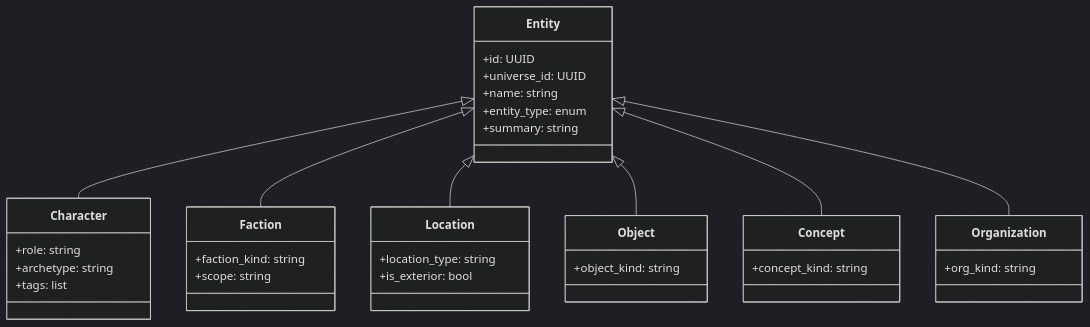
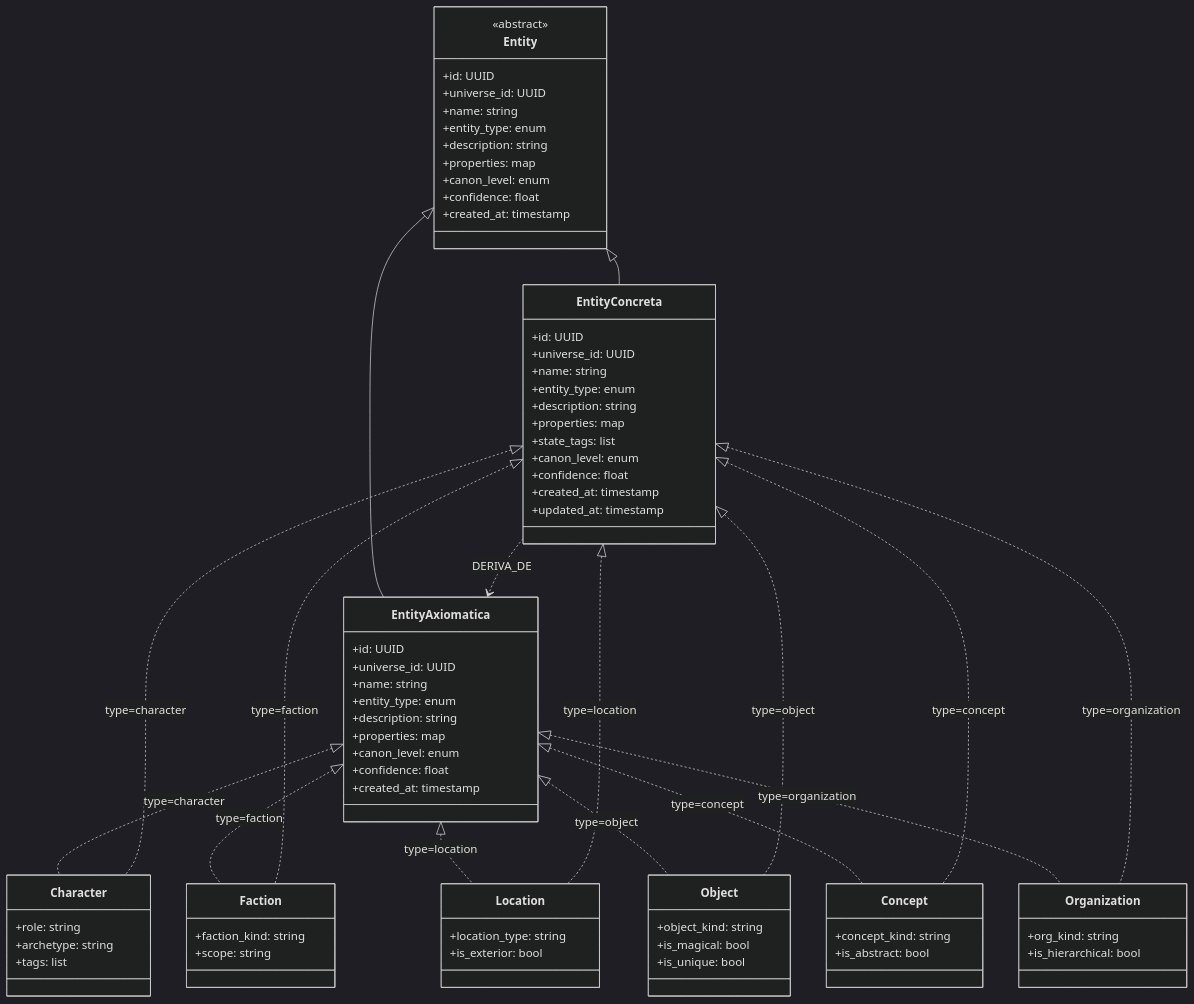
The diagram in docs/ontology/ENTITY_TAXONOMY.md (spuentesp/monitor_dm_system), drawn with Mermaid (dark theme) before and after one commit. The commit also changed other lines of this file and 43 other files, not shown here.

First line of the commit message:
feat: Implement MONITOR architecture with three-layer structure

````diff
--- a/docs/ontology/ENTITY_TAXONOMY.md
+++ b/docs/ontology/ENTITY_TAXONOMY.md
@@ -1,11 +23,42 @@
 ```mermaid
 classDiagram
     class Entity {
+        <<abstract>>
         +id: UUID
         +universe_id: UUID
         +name: string
         +entity_type: enum
-        +summary: string
+        +description: string
+        +properties: map
+        +canon_level: enum
+        +confidence: float
+        +created_at: timestamp
+    }
+
+    class EntityAxiomatica {
+        +id: UUID
+        +universe_id: UUID
+        +name: string
+        +entity_type: enum
+        +description: string
+        +properties: map
+        +canon_level: enum
+        +confidence: float
+        +created_at: timestamp
+    }
+
+    class EntityConcreta {
+        +id: UUID
+        +universe_id: UUID
+        +name: string
+        +entity_type: enum
+        +description: string
+        +properties: map
+        +state_tags: list
+        +canon_level: enum
+        +confidence: float
+        +created_at: timestamp
+        +updated_at: timestamp
     }
 
     class Character {
@@ -26,20 +79,36 @@
 
     class Object {
         +object_kind: string
+        +is_magical: bool
+        +is_unique: bool
     }
 
     class Concept {
         +concept_kind: string
+        +is_abstract: bool
     }
 
     class Organization {
         +org_kind: string
+        +is_hierarchical: bool
     }
 
-    Entity <|-- Character
-    Entity <|-- Faction
-    Entity <|-- Location
-    Entity <|-- Object
-    Entity <|-- Concept
-    Entity <|-- Organization
+    Entity <|-- EntityAxiomatica
+    Entity <|-- EntityConcreta
+
+    EntityAxiomatica <|.. Character : type=character
+    EntityAxiomatica <|.. Faction : type=faction
+    EntityAxiomatica <|.. Location : type=location
+    EntityAxiomatica <|.. Object : type=object
+    EntityAxiomatica <|.. Concept : type=concept
+    EntityAxiomatica <|.. Organization : type=organization
+
+    EntityConcreta <|.. Character : type=character
+    EntityConcreta <|.. Faction : type=faction
+    EntityConcreta <|.. Location : type=location
+    EntityConcreta <|.. Object : type=object
+    EntityConcreta <|.. Concept : type=concept
+    EntityConcreta <|.. Organization : type=organization
+
+    EntityConcreta ..> EntityAxiomatica : DERIVA_DE
 ```
````
